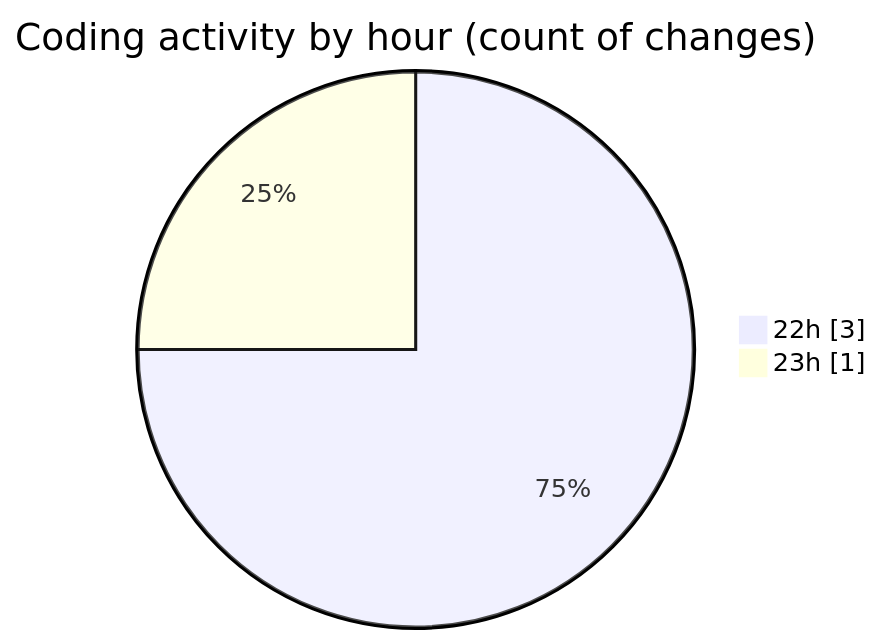
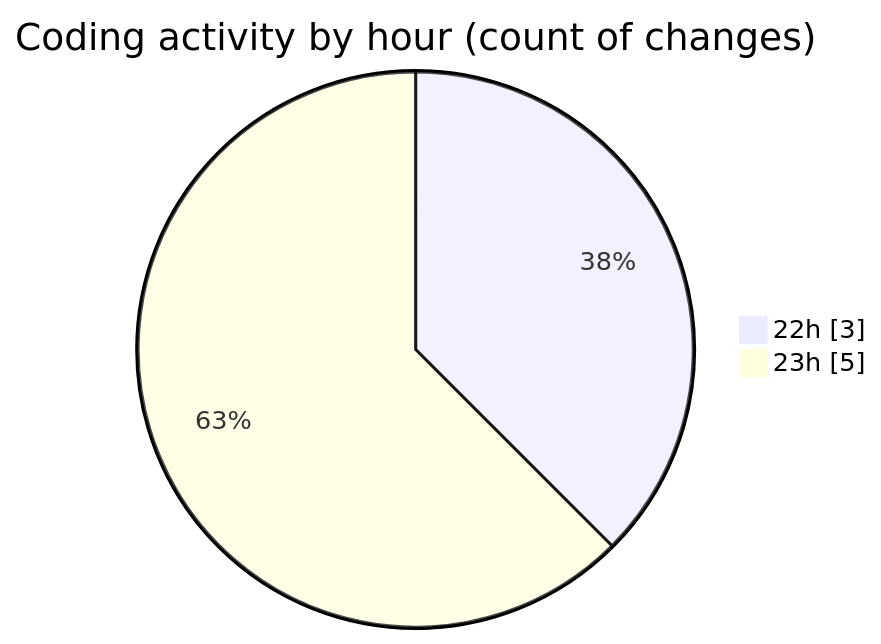
The second of 2 diagrams in 2025-03-13/ai_agent/README.md (donsfak/code-tracking), drawn with Mermaid before and after one commit. The commit also changed other lines of this file and 1 other file, not shown here.

````diff
--- a/2025-03-13/ai_agent/README.md
+++ b/2025-03-13/ai_agent/README.md
@@ -33,6 +33,6 @@
 ```mermaid
 pie showData
 title Coding activity by hour (count of changes)
 "22h" : 3
-"23h" : 1
+"23h" : 5
 ```
````
